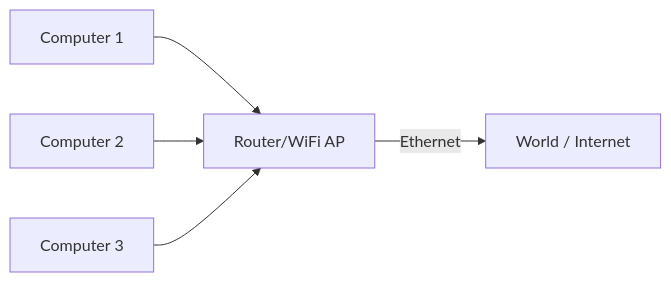
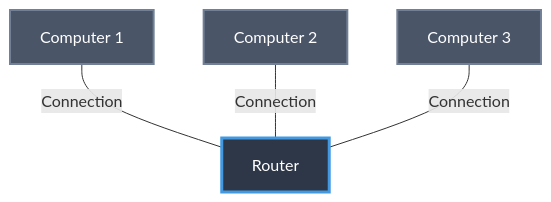
Before and after one commit to pingforhelp/BCA: the fourth of 12 diagrams in docs/computer-sci/computer-fundamentals/CO&NWunit-2.md, drawn with Mermaid. The commit also changed other lines of this file, not shown here.

````diff
--- a/docs/computer-sci/computer-fundamentals/CO&NWunit-2.md
+++ b/docs/computer-sci/computer-fundamentals/CO&NWunit-2.md
@@ -172,14 +257,16 @@
-```mermaid
-flowchart LR
-  C1[Computer 1]
-  C2[Computer 2]
-  C3[Computer 3]
-
-  R[Router/WiFi AP]
-  W[World / Internet]
-
-  C1 --> R
-  C2 --> R
-  C3 --> R
-  R -->|Ethernet| W
+``` mermaid
+graph TD
+    C1[Computer 1]
+    C2[Computer 2]
+    C3[Computer 3]
+    R[Router]
+    
+    C1 ---|Connection| R
+    C2 ---|Connection| R
+    C3 ---|Connection| R
+    
+    style C1 fill:#4a5568,stroke:#718096,stroke-width:2px,color:#fff
+    style C2 fill:#4a5568,stroke:#718096,stroke-width:2px,color:#fff
+    style C3 fill:#4a5568,stroke:#718096,stroke-width:2px,color:#fff
+    style R fill:#2d3748,stroke:#4299e1,stroke-width:3px,color:#fff
 ```
````
